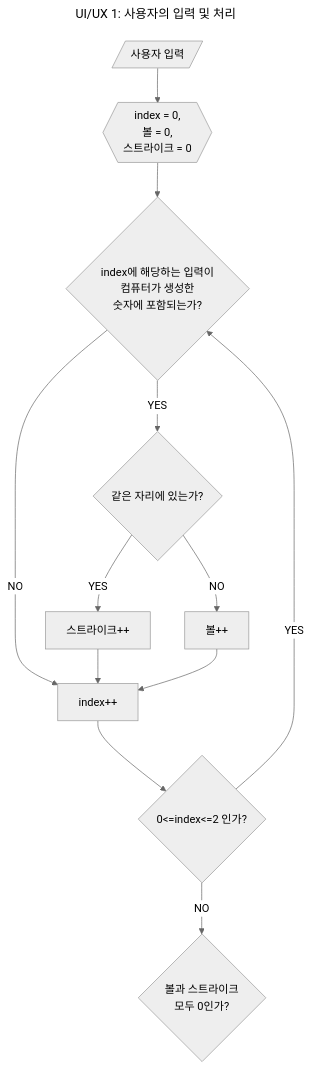
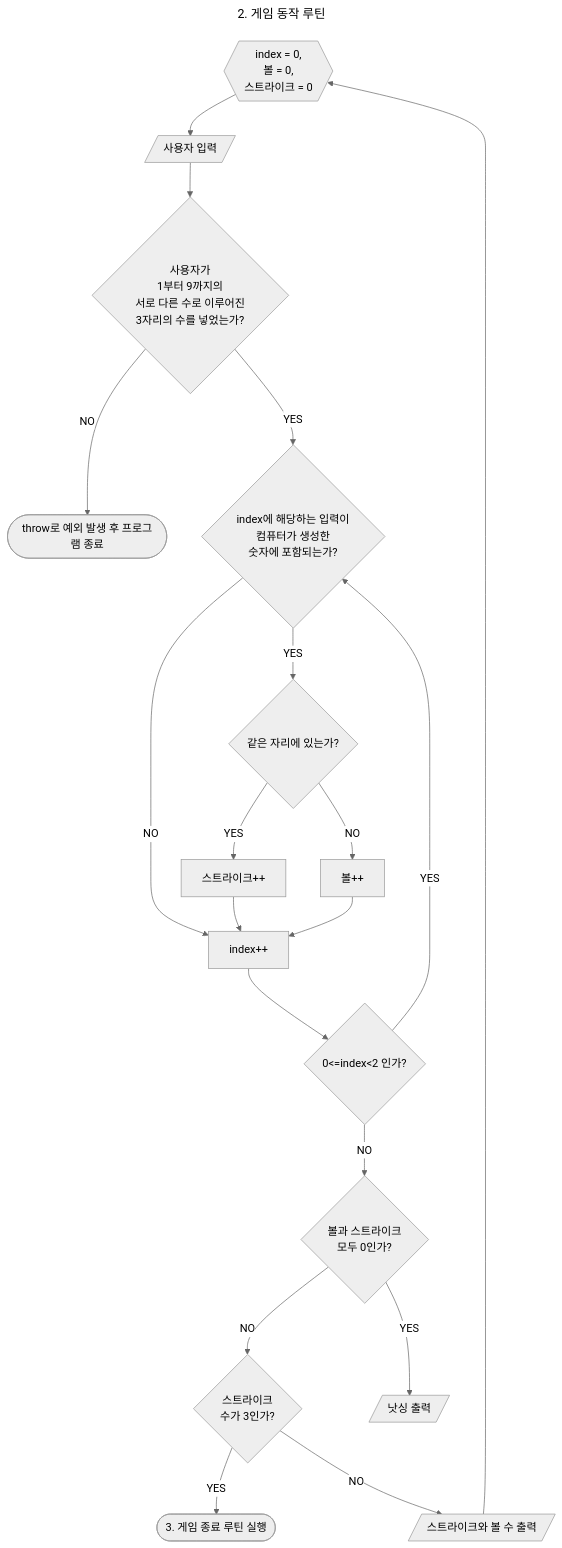
The second of 4 diagrams in docs/README.md (woowacourse-precourse/javascript-baseball-6), drawn with Mermaid (neutral theme) before and after one commit. The commit also changed other lines of this file, not shown here.

Commit message:
docs/README.md 파일 수정 - mermaid를 이용해서 제대로 된 도식도 구현

````diff
--- a/docs/README.md
+++ b/docs/README.md
@@ -43,33 +65,65 @@
 ```mermaid
 ---
-title: "UI/UX 1: 사용자의 입력 및 처리"
+title: "2. 게임 동작 루틴"
 ---
 flowchart TD
-    userInput1[/"사용자 입력"/];
     index{{"index = 0,
     볼 = 0,
     스트라이크 = 0"}};
-    userInput1 --> index;
+
+    userInput1[/"사용자 입력"/];
+
+    error{"사용자가 
+    1부터 9까지의 
+    서로 다른 수로 이루어진 
+    3자리의 수를 넣었는가?"};
+
+    error2(["throw로 예외 발생 후 프로그램 종료"]);
+
     condition1{"index에 해당하는 입력이
     컴퓨터가 생성한 
     숫자에 포함되는가?"};
-    index --> condition1;
+
     condition2{"같은 자리에 있는가?"};
+
+    index2["index++"];
+
+    strike["스트라이크++"];
+
+    ball["볼++"];
+
+    condition3{"0<=index<2 인가?"};
+
+    condition4{"볼과 스트라이크
+     모두 0인가?"};
+
+    condition5{"스트라이크 
+    수가 3인가?"};
+
+    finish(["3. 게임 종료 루틴 실행"]);
+
+    nothin[/"낫싱 출력"/];
+    print1[/"스트라이크와 볼 수 출력"/];
+
+    index --> userInput1;
+    userInput1 --> error;
+    error --> |"YES"|condition1;
+    error --> |"NO"|error2;
     condition1 --> |"YES"|condition2;
-    index2["index++"];
     condition1 --> |"NO"|index2;
-    strike["스트라이크++"];
-    ball["볼++"];
     condition2 --> |"YES"|strike;
     condition2 --> |"NO"|ball;
     strike --> index2;
     ball --> index2;
-    condition3{"0<=index<=2 인가?"};
     index2 --> condition3;
     condition3 --> |"YES"|condition1;
-    condition4{"볼과 스트라이크
-     모두 0인가?"};
     condition3 --> |"NO"|condition4
+    condition4 --> |"YES"|nothin;
+    condition4 --> |"NO"|condition5;
+    condition5 --> |"YES"|finish;
+    condition5 --> |"NO"|print1;
+    print1 --> index;
+
 
 
 ```
````
